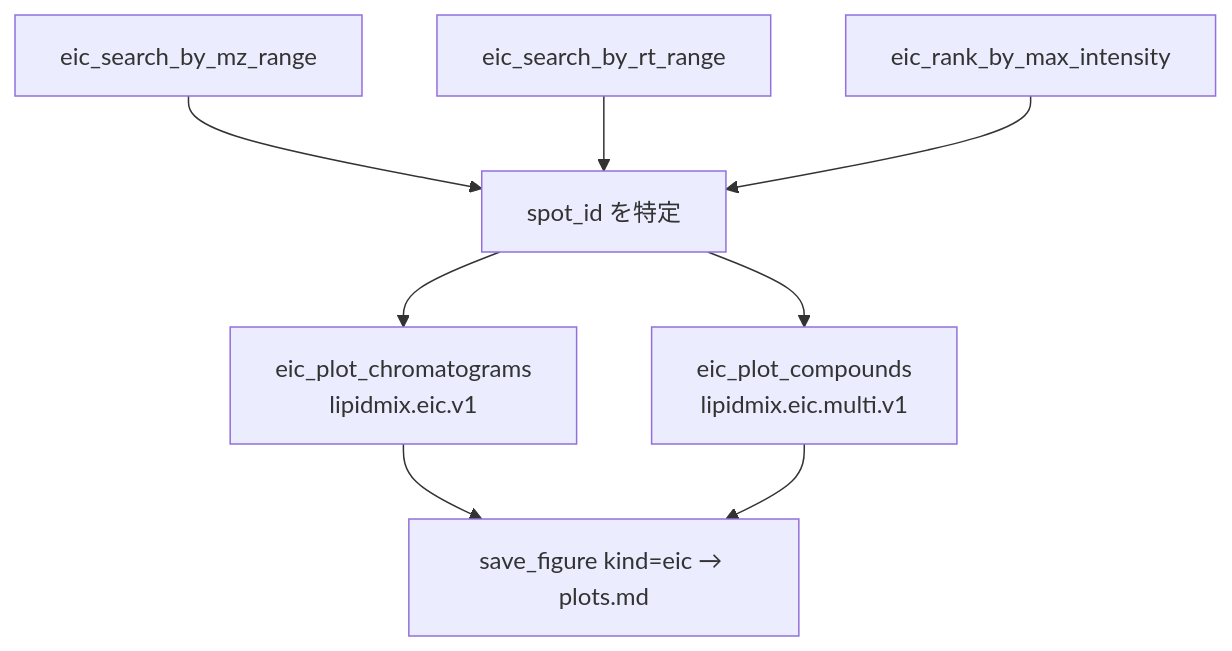
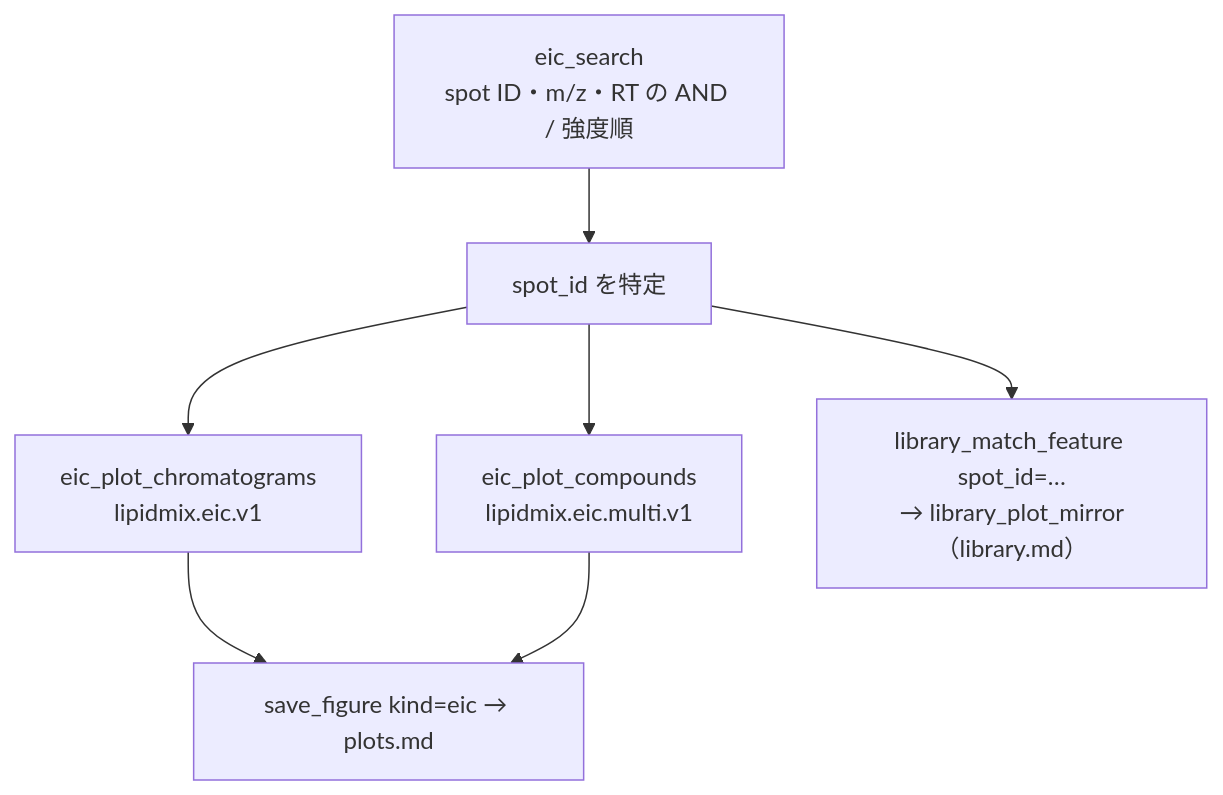
One commit to systemsomicslab/Metabolomix_with_LLM changed the diagram in docs/workflow/eic.md. Above: the diagram before and after it, drawn with Mermaid. The commit also changed other lines of this file and 20 other files, not shown here.

First line of the commit message:
feat(eic): 検索 3 ツールを eic_search に統合し、spot ID からライブラリ照合へつなぐ

````diff
--- a/docs/workflow/eic.md
+++ b/docs/workflow/eic.md
@@ -14,10 +14,9 @@
 ```mermaid
 flowchart TD
-    SM[eic_search_by_mz_range] --> SPOT[spot_id を特定]
-    SR[eic_search_by_rt_range] --> SPOT
-    RK[eic_rank_by_max_intensity] --> SPOT
+    ES[eic_search<br/>spot ID・m/z・RT の AND / 強度順] --> SPOT[spot_id を特定]
     SPOT --> PC[eic_plot_chromatograms<br/>lipidmix.eic.v1]
     SPOT --> PM[eic_plot_compounds<br/>lipidmix.eic.multi.v1]
+    SPOT --> LM[library_match_feature spot_id=…<br/>→ library_plot_mirror（library.md）]
     PC --> SAVE[save_figure kind=eic → plots.md]
     PM --> SAVE
 ```
````
